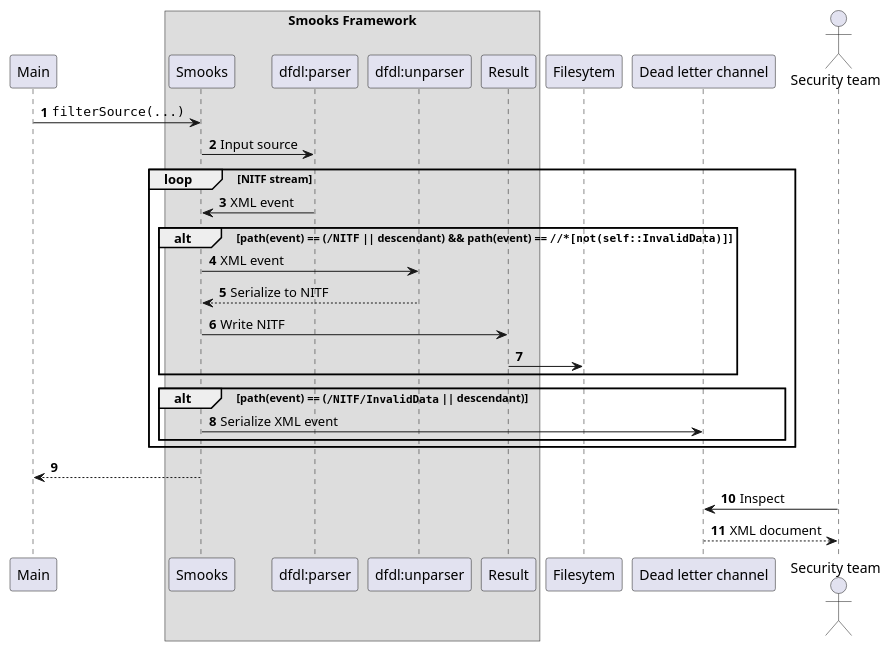
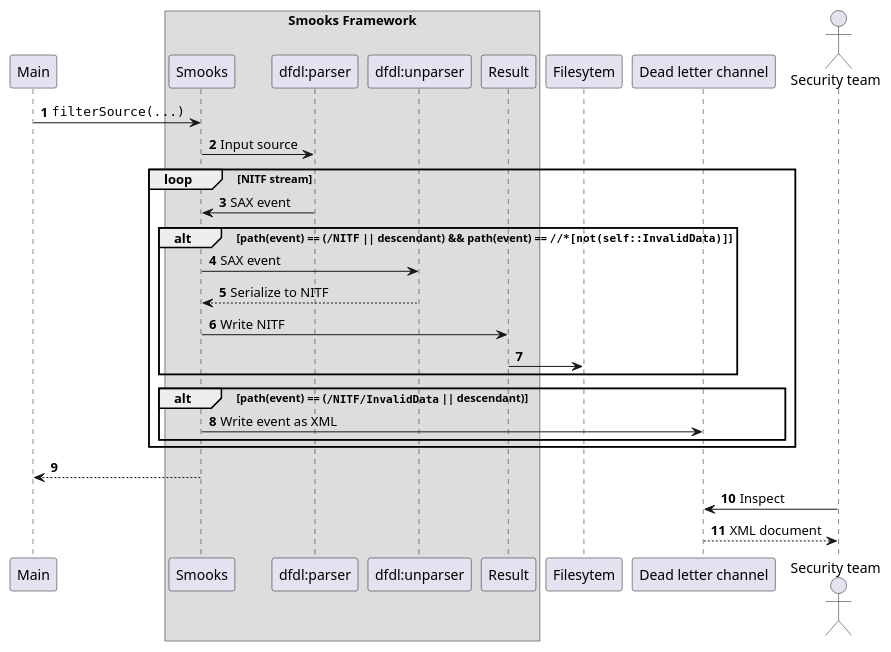
Before and after one commit to smooks/smooks-examples: the diagram in cross-domain-solution/docs/cross-domain-solution.puml, drawn with PlantUML. The commit also changed 17 other files, not shown here.

```diff
--- a/cross-domain-solution/docs/cross-domain-solution.puml
+++ b/cross-domain-solution/docs/cross-domain-solution.puml
@@ -1,29 +1,29 @@
 @startuml
 participant Main
 box Smooks Framework
 participant Smooks
 participant "dfdl:parser"
 participant "dfdl:unparser"
 participant Result
 end box
 actor "Security team" order 1
 autonumber
 
 Main -> Smooks : ""filterSource(...)""
 Smooks -> "dfdl:parser": Input source
 loop NITF stream
-    Smooks <- "dfdl:parser": XML event
+    Smooks <- "dfdl:parser": SAX event
     alt path(event) == (""/NITF"" || descendant) && path(event) == ""//*[not(self::InvalidData)]""
-        Smooks -> "dfdl:unparser": XML event
+        Smooks -> "dfdl:unparser": SAX event
         "dfdl:unparser" --> Smooks: Serialize to NITF
         Smooks -> Result: Write NITF
         Result -> Filesytem
     end
     alt path(event) == (""/NITF/InvalidData"" || descendant)
-        Smooks -> "Dead letter channel": Serialize XML event
+        Smooks -> "Dead letter channel": Write event as XML
     end
 end
 Smooks --> Main
 "Security team" -> "Dead letter channel": Inspect
 "Security team" <-- "Dead letter channel": XML document
 @enduml
```
